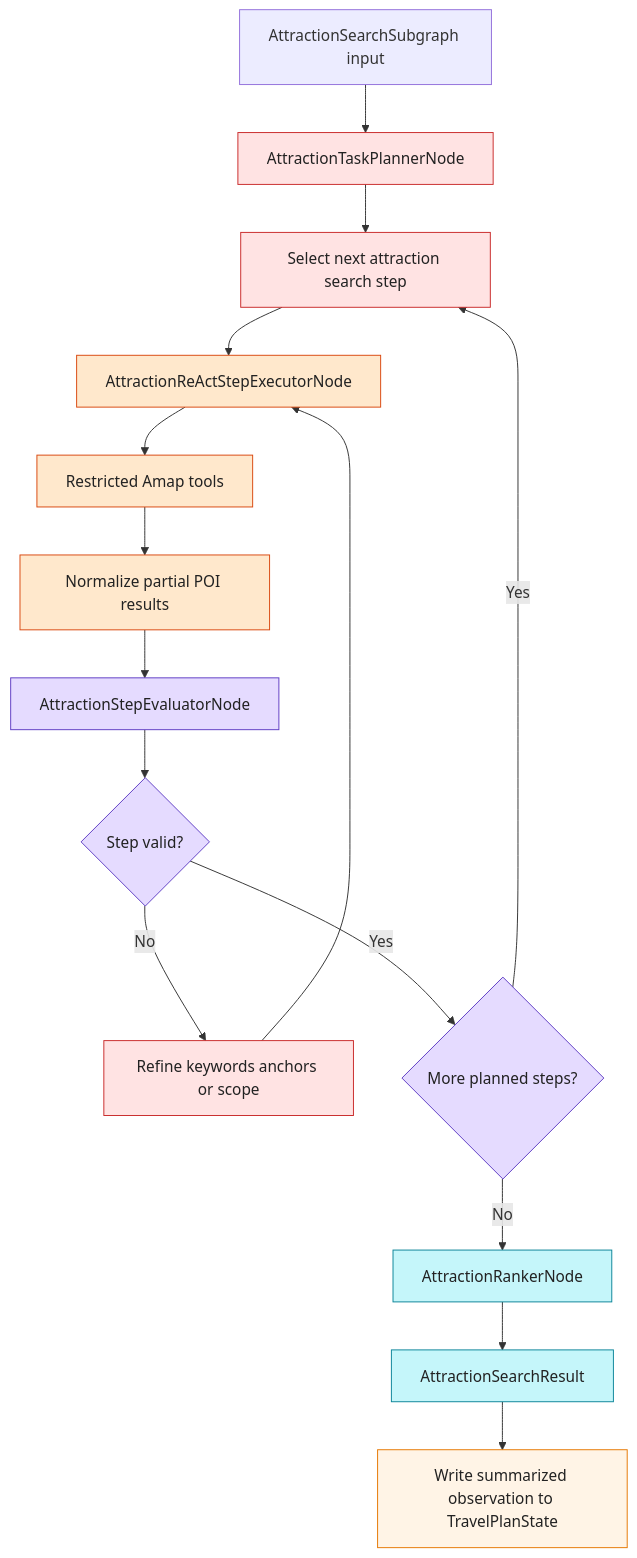
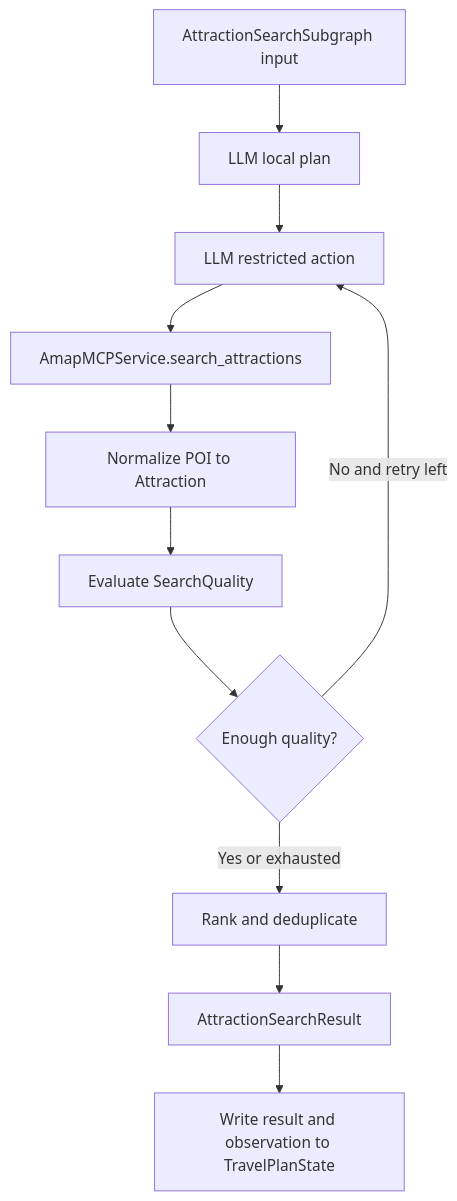
The second of 3 diagrams in doc/agents_design.md (TheBigCharles/ZoeyAgent), drawn with Mermaid before and after one commit. The commit also changed other lines of this file and 8 other files, not shown here.

````diff
--- a/doc/agents_design.md
+++ b/doc/agents_design.md
@@ -285,29 +241,13 @@
 ```mermaid
 flowchart TD
-    AStart["AttractionSearchSubgraph input"] --> APlan["AttractionTaskPlannerNode"]
-    APlan --> AStep["Select next attraction search step"]
-    AStep --> AExec["AttractionReActStepExecutorNode"]
-    AExec --> ATool["Restricted Amap tools"]
-    ATool --> ANorm["Normalize partial POI results"]
-    ANorm --> AEval["AttractionStepEvaluatorNode"]
-    AEval --> AValid{"Step valid?"}
-    AValid -->|No| ARepair["Refine keywords anchors or scope"]
-    ARepair --> AExec
-    AValid -->|Yes| AMore{"More planned steps?"}
-    AMore -->|Yes| AStep
-    AMore -->|No| ARank["AttractionRankerNode"]
-    ARank --> AResult["AttractionSearchResult"]
-    AResult --> AState["Write summarized observation to TravelPlanState"]
-
-    classDef plan fill:#ffe3e3,stroke:#c92a2a,color:#222;
-    classDef exec fill:#ffe8cc,stroke:#d9480f,color:#222;
-    classDef eval fill:#e5dbff,stroke:#5f3dc4,color:#222;
-    classDef output fill:#c5f6fa,stroke:#0c8599,color:#222;
-    classDef state fill:#fff4e6,stroke:#e67700,color:#222;
-
-    class APlan,AStep,ARepair plan;
-    class AExec,ATool,ANorm exec;
-    class AEval,AValid,AMore eval;
-    class ARank,AResult output;
-    class AState state;
+    A["AttractionSearchSubgraph input"] --> B["LLM local plan"]
+    B --> C["LLM restricted action"]
+    C --> D["AmapMCPService.search_attractions"]
+    D --> E["Normalize POI to Attraction"]
+    E --> F["Evaluate SearchQuality"]
+    F --> G{"Enough quality?"}
+    G -->|No and retry left| C
+    G -->|Yes or exhausted| H["Rank and deduplicate"]
+    H --> I["AttractionSearchResult"]
+    I --> J["Write result and observation to TravelPlanState"]
 ```
````
